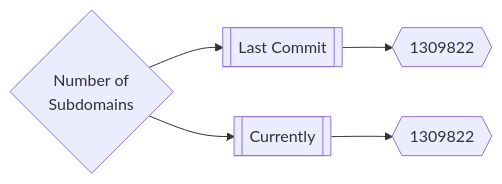
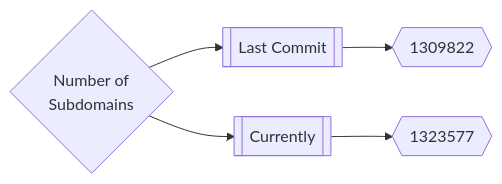
Before and after one commit to trickest/inventory: the first of 3 diagrams in README.md, drawn with Mermaid. The commit also changed other lines of this file, not shown here.

````diff
--- a/README.md
+++ b/README.md
@@ -165,5 +165,5 @@
 ```mermaid
 graph LR
 title{Number of<br>Subdomains} --> subdomainsDate1[[Last Commit]] --> subdomainsNum1{{1309822}}
-title --> subdomainsDate2[[Currently]] --> subdomainsNum2{{1309822}}
+title --> subdomainsDate2[[Currently]] --> subdomainsNum2{{1323577}}
 ```
````
